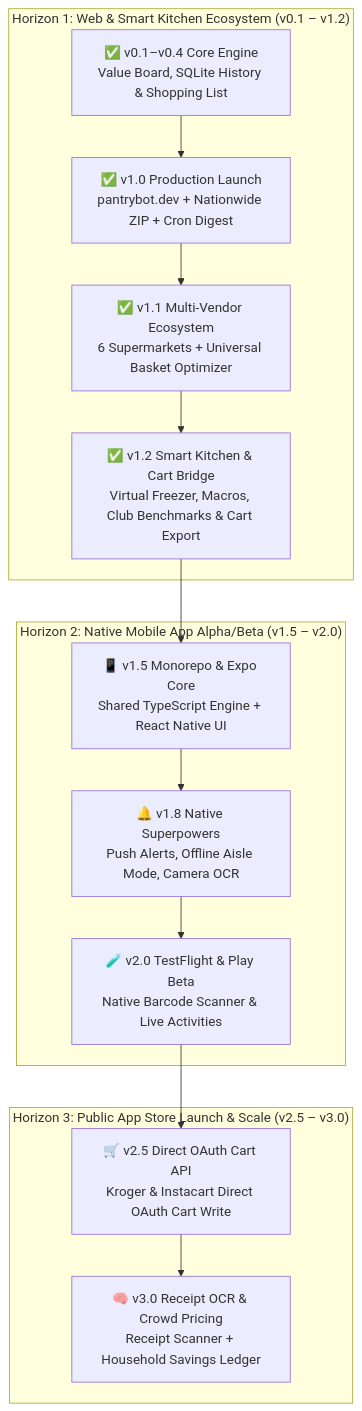
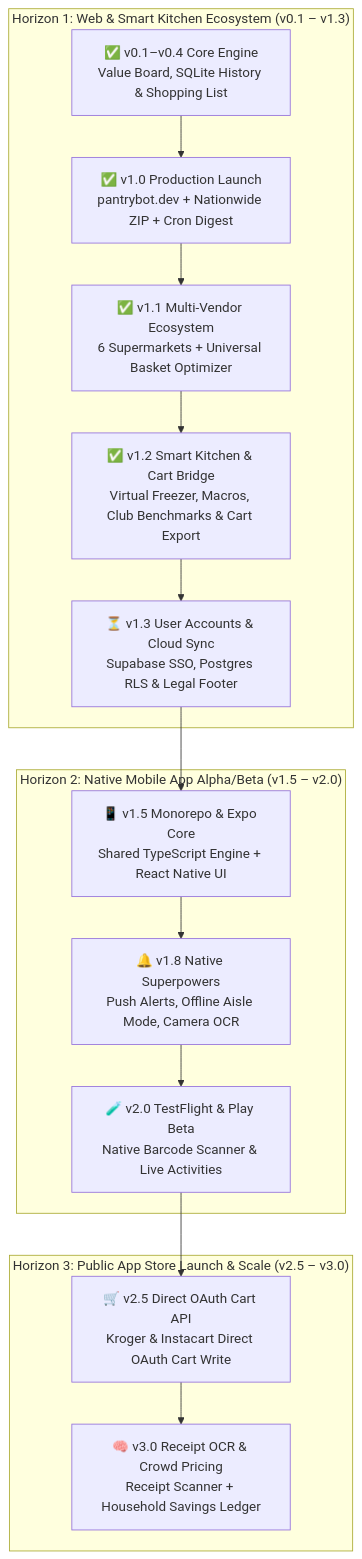
The first of 2 diagrams in docs/wiki/Long-Term-Mobile-and-Expansion-Roadmap.md (kchavez05/produce-price-tracker), drawn with Mermaid before and after one commit. The commit also changed other lines of this file and 2 other files, not shown here.

Commit message:
docs(roadmap): define v1.3 milestone for user accounts, cloud sync, and legal foundation (#529)

````diff
--- a/docs/wiki/Long-Term-Mobile-and-Expansion-Roadmap.md
+++ b/docs/wiki/Long-Term-Mobile-and-Expansion-Roadmap.md
@@ -9,23 +9,24 @@
 ```mermaid
 flowchart TD
-    subgraph H1["Horizon 1: Web & Smart Kitchen Ecosystem (v0.1 – v1.2)"]
+    subgraph H1["Horizon 1: Web & Smart Kitchen Ecosystem (v0.1 – v1.3)"]
         P1["✅ v0.1–v0.4 Core Engine\nValue Board, SQLite History & Shopping List"]
         P2["✅ v1.0 Production Launch\npantrybot.dev + Nationwide ZIP + Cron Digest"]
         P3["✅ v1.1 Multi-Vendor Ecosystem\n6 Supermarkets + Universal Basket Optimizer"]
         P4["✅ v1.2 Smart Kitchen & Cart Bridge\nVirtual Freezer, Macros, Club Benchmarks & Cart Export"]
-        P1 --> P2 --> P3 --> P4
+        P5["⏳ v1.3 User Accounts & Cloud Sync\nSupabase SSO, Postgres RLS & Legal Footer"]
+        P1 --> P2 --> P3 --> P4 --> P5
     end
 
     subgraph H2["Horizon 2: Native Mobile App Alpha/Beta (v1.5 – v2.0)"]
         M1["📱 v1.5 Monorepo & Expo Core\nShared TypeScript Engine + React Native UI"]
         M2["🔔 v1.8 Native Superpowers\nPush Alerts, Offline Aisle Mode, Camera OCR"]
         M3["🧪 v2.0 TestFlight & Play Beta\nNative Barcode Scanner & Live Activities"]
-        P4 --> M1 --> M2 --> M3
+        P5 --> M1 --> M2 --> M3
     end
 
     subgraph H3["Horizon 3: Public App Store Launch & Scale (v2.5 – v3.0)"]
         S1["🛒 v2.5 Direct OAuth Cart API\nKroger & Instacart Direct OAuth Cart Write"]
         S2["🧠 v3.0 Receipt OCR & Crowd Pricing\nReceipt Scanner + Household Savings Ledger"]
         M3 --> S1 --> S2
     end
 ```
````
